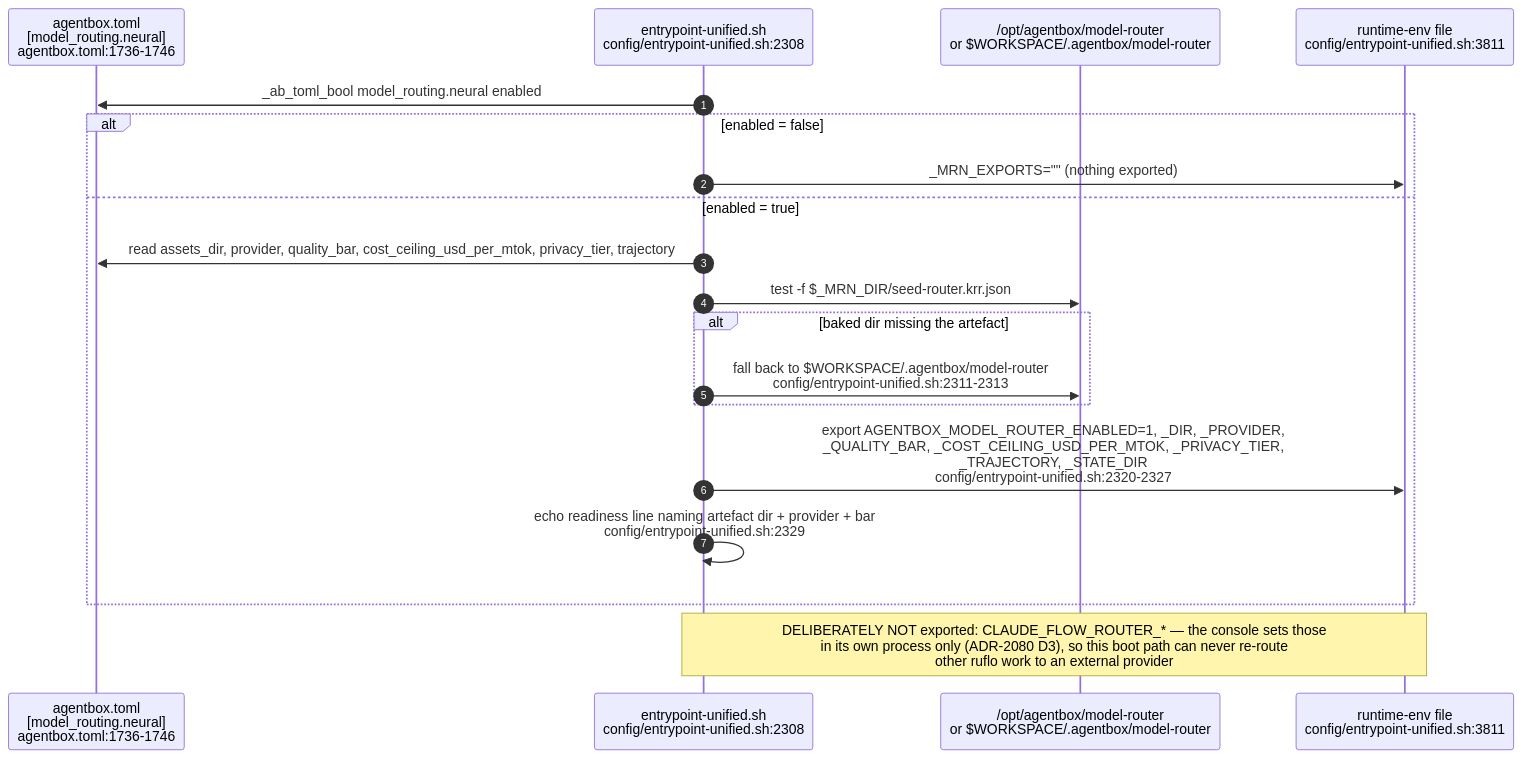
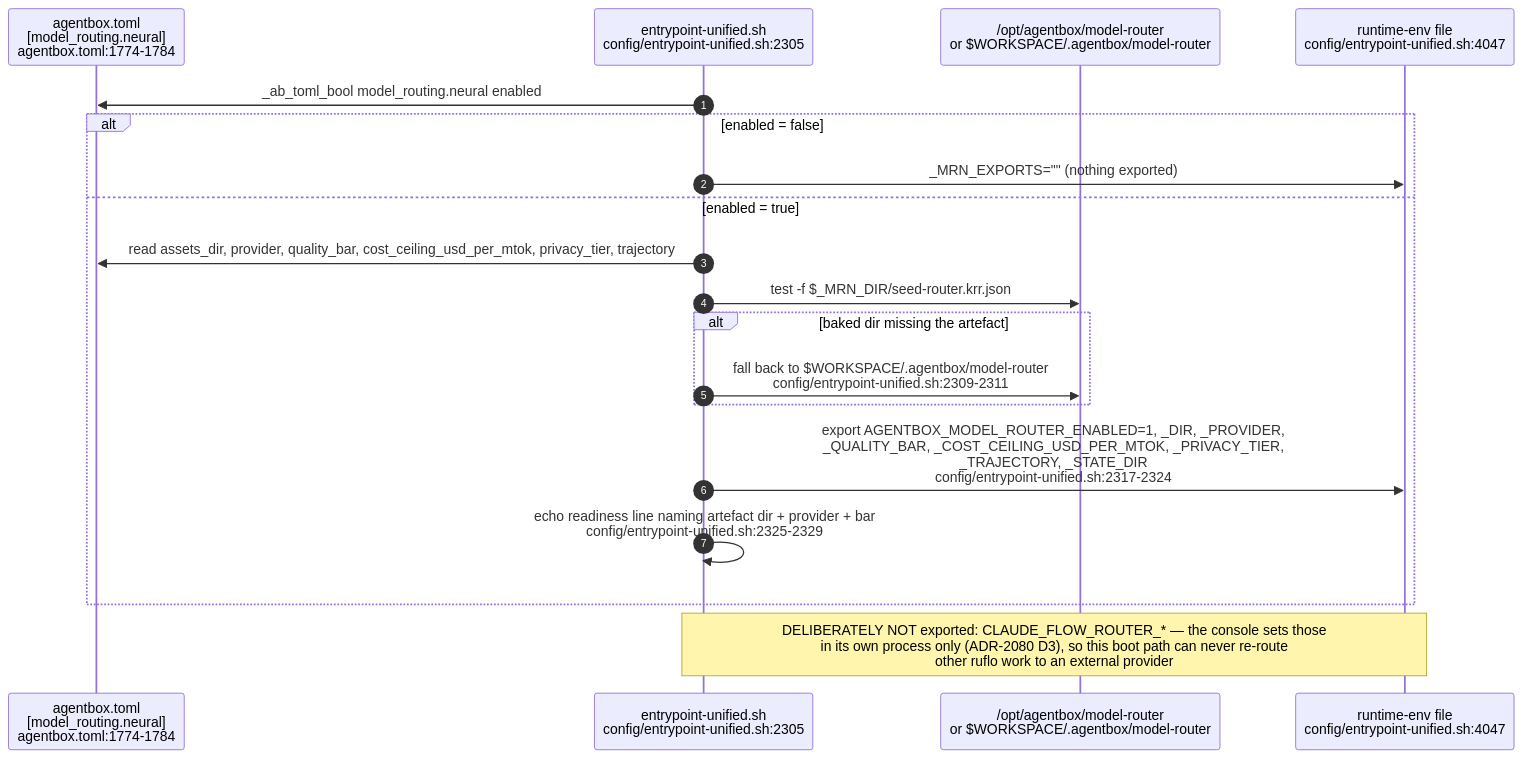
The second of 9 diagrams in docs/diagrams/agentbox/29-metaharness-router-console.md (DreamLab-AI/VisionFlow), drawn with Mermaid before and after one commit. The commit also changed other lines of this file and 173 other files, not shown here.

````diff
--- a/docs/diagrams/agentbox/29-metaharness-router-console.md
+++ b/docs/diagrams/agentbox/29-metaharness-router-console.md
@@ -69,22 +69,22 @@
 ```mermaid
 sequenceDiagram
     autonumber
-    participant TOML as agentbox.toml<br/>[model_routing.neural]<br/>agentbox.toml:1736-1746
-    participant EP as entrypoint-unified.sh<br/>config/entrypoint-unified.sh:2308
+    participant TOML as agentbox.toml<br/>[model_routing.neural]<br/>agentbox.toml:1774-1784
+    participant EP as entrypoint-unified.sh<br/>config/entrypoint-unified.sh:2305
     participant DISK as /opt/agentbox/model-router<br/>or $WORKSPACE/.agentbox/model-router
-    participant ENV as runtime-env file<br/>config/entrypoint-unified.sh:3811
+    participant ENV as runtime-env file<br/>config/entrypoint-unified.sh:4047
 
     EP->>TOML: _ab_toml_bool model_routing.neural enabled
     alt enabled = false
         EP->>ENV: _MRN_EXPORTS="" (nothing exported)
     else enabled = true
         EP->>TOML: read assets_dir, provider, quality_bar, cost_ceiling_usd_per_mtok, privacy_tier, trajectory
         EP->>DISK: test -f $_MRN_DIR/seed-router.krr.json
         alt baked dir missing the artefact
-            EP->>DISK: fall back to $WORKSPACE/.agentbox/model-router<br/>config/entrypoint-unified.sh:2311-2313
+            EP->>DISK: fall back to $WORKSPACE/.agentbox/model-router<br/>config/entrypoint-unified.sh:2309-2311
         end
-        EP->>ENV: export AGENTBOX_MODEL_ROUTER_ENABLED=1, _DIR, _PROVIDER,<br/>_QUALITY_BAR, _COST_CEILING_USD_PER_MTOK, _PRIVACY_TIER,<br/>_TRAJECTORY, _STATE_DIR<br/>config/entrypoint-unified.sh:2320-2327
-        EP->>EP: echo readiness line naming artefact dir + provider + bar<br/>config/entrypoint-unified.sh:2329
+        EP->>ENV: export AGENTBOX_MODEL_ROUTER_ENABLED=1, _DIR, _PROVIDER,<br/>_QUALITY_BAR, _COST_CEILING_USD_PER_MTOK, _PRIVACY_TIER,<br/>_TRAJECTORY, _STATE_DIR<br/>config/entrypoint-unified.sh:2317-2324
+        EP->>EP: echo readiness line naming artefact dir + provider + bar<br/>config/entrypoint-unified.sh:2325-2329
     end
     Note over EP,ENV: DELIBERATELY NOT exported: CLAUDE_FLOW_ROUTER_* — the console sets those<br/>in its own process only (ADR-2080 D3), so this boot path can never re-route<br/>other ruflo work to an external provider
 ```
````
